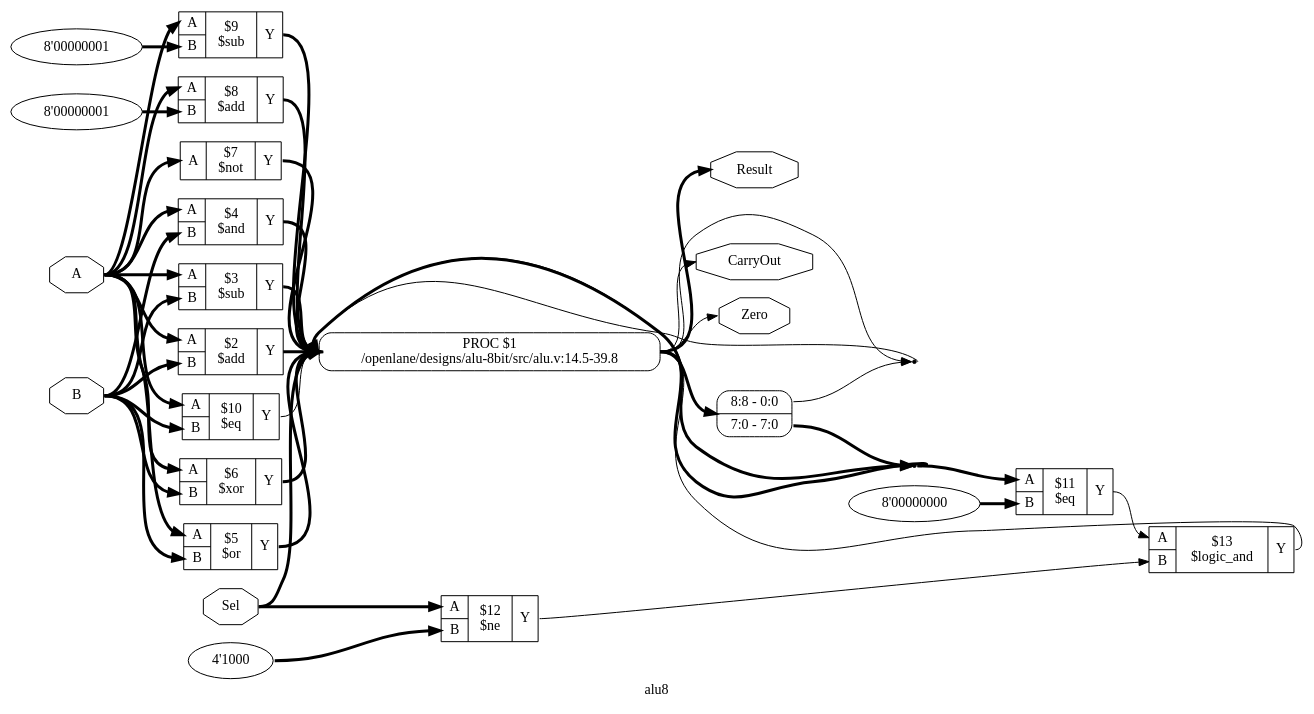
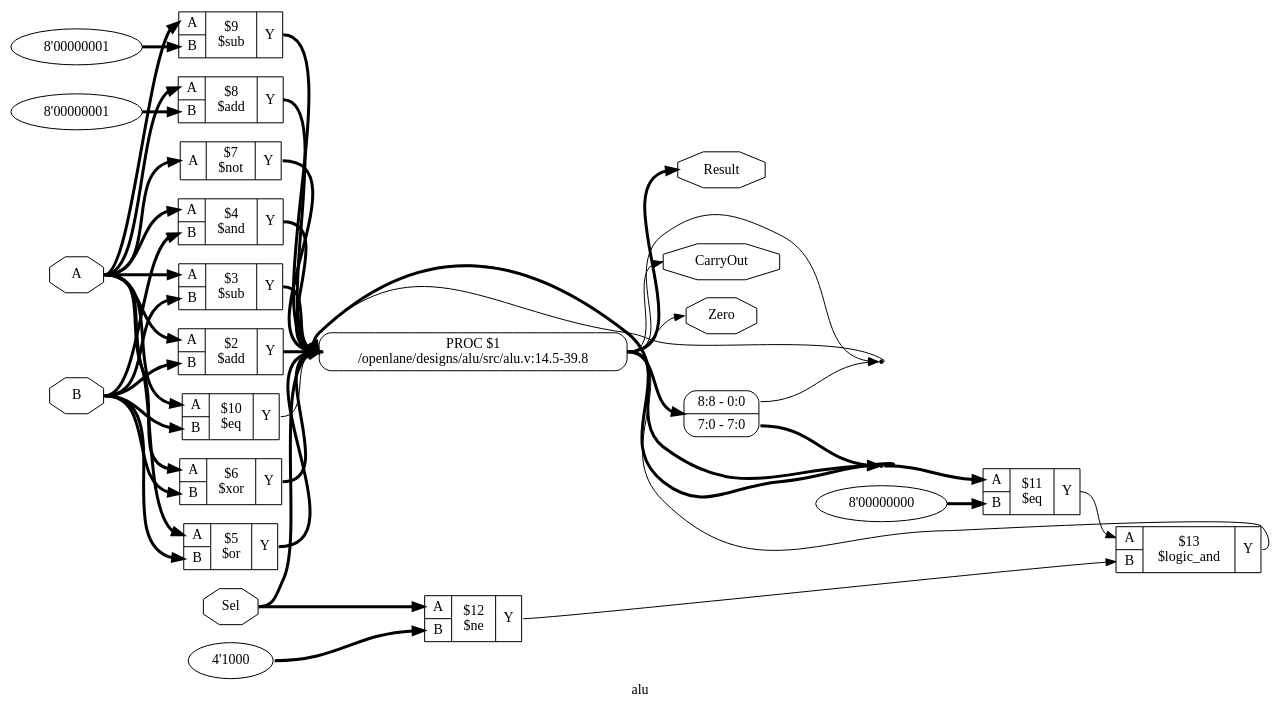
One commit to Mummanajagadeesh/8-bit-alu changed the diagram in openlane-sky130a/runs/myrun/tmp/synthesis/hierarchy.dot. Above: the diagram before and after it, drawn with Graphviz. The commit also changed 269 other files, not shown here.

```diff
--- a/openlane-sky130a/runs/myrun/tmp/synthesis/hierarchy.dot
+++ b/openlane-sky130a/runs/myrun/tmp/synthesis/hierarchy.dot
@@ -1,75 +1,75 @@
-digraph "alu8" {
-label="alu8";
+digraph "alu" {
+label="alu";
 rankdir="LR";
 remincross=true;
 n21 [ shape=octagon, label="Zero", color="black", fontcolor="black" ];
 n22 [ shape=octagon, label="CarryOut", color="black", fontcolor="black" ];
 n23 [ shape=octagon, label="Result", color="black", fontcolor="black" ];
 n24 [ shape=octagon, label="Sel", color="black", fontcolor="black" ];
 n25 [ shape=octagon, label="B", color="black", fontcolor="black" ];
 n26 [ shape=octagon, label="A", color="black", fontcolor="black" ];
 c28 [ shape=record, label="{{<p26> A|<p25> B}|$13\n$logic_and|{<p27> Y}}",  ];
 v0 [ label="4'1000" ];
 c29 [ shape=record, label="{{<p26> A|<p25> B}|$12\n$ne|{<p27> Y}}",  ];
 v1 [ label="8'00000000" ];
 c30 [ shape=record, label="{{<p26> A|<p25> B}|$11\n$eq|{<p27> Y}}",  ];
 c31 [ shape=record, label="{{<p26> A|<p25> B}|$10\n$eq|{<p27> Y}}",  ];
 v2 [ label="8'00000001" ];
 c32 [ shape=record, label="{{<p26> A|<p25> B}|$9\n$sub|{<p27> Y}}",  ];
 v3 [ label="8'00000001" ];
 c33 [ shape=record, label="{{<p26> A|<p25> B}|$8\n$add|{<p27> Y}}",  ];
 c34 [ shape=record, label="{{<p26> A}|$7\n$not|{<p27> Y}}",  ];
 c35 [ shape=record, label="{{<p26> A|<p25> B}|$6\n$xor|{<p27> Y}}",  ];
 c36 [ shape=record, label="{{<p26> A|<p25> B}|$5\n$or|{<p27> Y}}",  ];
 c37 [ shape=record, label="{{<p26> A|<p25> B}|$4\n$and|{<p27> Y}}",  ];
 c38 [ shape=record, label="{{<p26> A|<p25> B}|$3\n$sub|{<p27> Y}}",  ];
 c39 [ shape=record, label="{{<p26> A|<p25> B}|$2\n$add|{<p27> Y}}",  ];
 x5 [ shape=record, style=rounded, label="<s1> 8:8 - 0:0 |<s0> 7:0 - 7:0 ", color="black", fontcolor="black" ];
-p4 [shape=box, style=rounded, label="PROC $1\n/openlane/designs/alu-8bit/src/alu.v:14.5-39.8"];
+p4 [shape=box, style=rounded, label="PROC $1\n/openlane/designs/alu/src/alu.v:14.5-39.8"];
 c35:p27:e -> p4:w [color="black", fontcolor="black", style="setlinewidth(3)", label=""];
 c36:p27:e -> p4:w [color="black", fontcolor="black", style="setlinewidth(3)", label=""];
 c37:p27:e -> p4:w [color="black", fontcolor="black", style="setlinewidth(3)", label=""];
 c38:p27:e -> p4:w [color="black", fontcolor="black", style="setlinewidth(3)", label=""];
 c39:p27:e -> p4:w [color="black", fontcolor="black", style="setlinewidth(3)", label=""];
 n16 [ shape=point ];
 p4:e -> n16:w [color="black", fontcolor="black", label=""];
 x5:s1:e -> n16:w [color="black", fontcolor="black", label=""];
 n16:e -> p4:w [color="black", fontcolor="black", label=""];
 n17 [ shape=point ];
 p4:e -> n17:w [color="black", fontcolor="black", style="setlinewidth(3)", label=""];
 x5:s0:e -> n17:w [color="black", fontcolor="black", style="setlinewidth(3)", label=""];
 n17:e -> c30:p26:w [color="black", fontcolor="black", style="setlinewidth(3)", label=""];
 n17:e -> p4:w [color="black", fontcolor="black", style="setlinewidth(3)", label=""];
 c28:p27:e -> p4:w [color="black", fontcolor="black", label=""];
 p4:e -> n21:w [color="black", fontcolor="black", label=""];
 p4:e -> n22:w [color="black", fontcolor="black", label=""];
 p4:e -> n23:w [color="black", fontcolor="black", style="setlinewidth(3)", label=""];
 n24:e -> c29:p26:w [color="black", fontcolor="black", style="setlinewidth(3)", label=""];
 n24:e -> p4:w [color="black", fontcolor="black", style="setlinewidth(3)", label=""];
 n25:e -> c31:p25:w [color="black", fontcolor="black", style="setlinewidth(3)", label=""];
 n25:e -> c35:p25:w [color="black", fontcolor="black", style="setlinewidth(3)", label=""];
 n25:e -> c36:p25:w [color="black", fontcolor="black", style="setlinewidth(3)", label=""];
 n25:e -> c37:p25:w [color="black", fontcolor="black", style="setlinewidth(3)", label=""];
 n25:e -> c38:p25:w [color="black", fontcolor="black", style="setlinewidth(3)", label=""];
 n25:e -> c39:p25:w [color="black", fontcolor="black", style="setlinewidth(3)", label=""];
 n26:e -> c31:p26:w [color="black", fontcolor="black", style="setlinewidth(3)", label=""];
 n26:e -> c32:p26:w [color="black", fontcolor="black", style="setlinewidth(3)", label=""];
 n26:e -> c33:p26:w [color="black", fontcolor="black", style="setlinewidth(3)", label=""];
 n26:e -> c34:p26:w [color="black", fontcolor="black", style="setlinewidth(3)", label=""];
 n26:e -> c35:p26:w [color="black", fontcolor="black", style="setlinewidth(3)", label=""];
 n26:e -> c36:p26:w [color="black", fontcolor="black", style="setlinewidth(3)", label=""];
 n26:e -> c37:p26:w [color="black", fontcolor="black", style="setlinewidth(3)", label=""];
 n26:e -> c38:p26:w [color="black", fontcolor="black", style="setlinewidth(3)", label=""];
 n26:e -> c39:p26:w [color="black", fontcolor="black", style="setlinewidth(3)", label=""];
 c29:p27:e -> c28:p25:w [color="black", fontcolor="black", label=""];
 c30:p27:e -> c28:p26:w [color="black", fontcolor="black", label=""];
 c31:p27:e -> p4:w [color="black", fontcolor="black", label=""];
 c32:p27:e -> p4:w [color="black", fontcolor="black", style="setlinewidth(3)", label=""];
 c33:p27:e -> p4:w [color="black", fontcolor="black", style="setlinewidth(3)", label=""];
 c34:p27:e -> p4:w [color="black", fontcolor="black", style="setlinewidth(3)", label=""];
 v0:e -> c29:p25:w [color="black", fontcolor="black", style="setlinewidth(3)", label=""];
 v1:e -> c30:p25:w [color="black", fontcolor="black", style="setlinewidth(3)", label=""];
 v2:e -> c32:p25:w [color="black", fontcolor="black", style="setlinewidth(3)", label=""];
 v3:e -> c33:p25:w [color="black", fontcolor="black", style="setlinewidth(3)", label=""];
 p4:e -> x5:w [color="black", fontcolor="black", style="setlinewidth(3)", label=""];
 }
```
